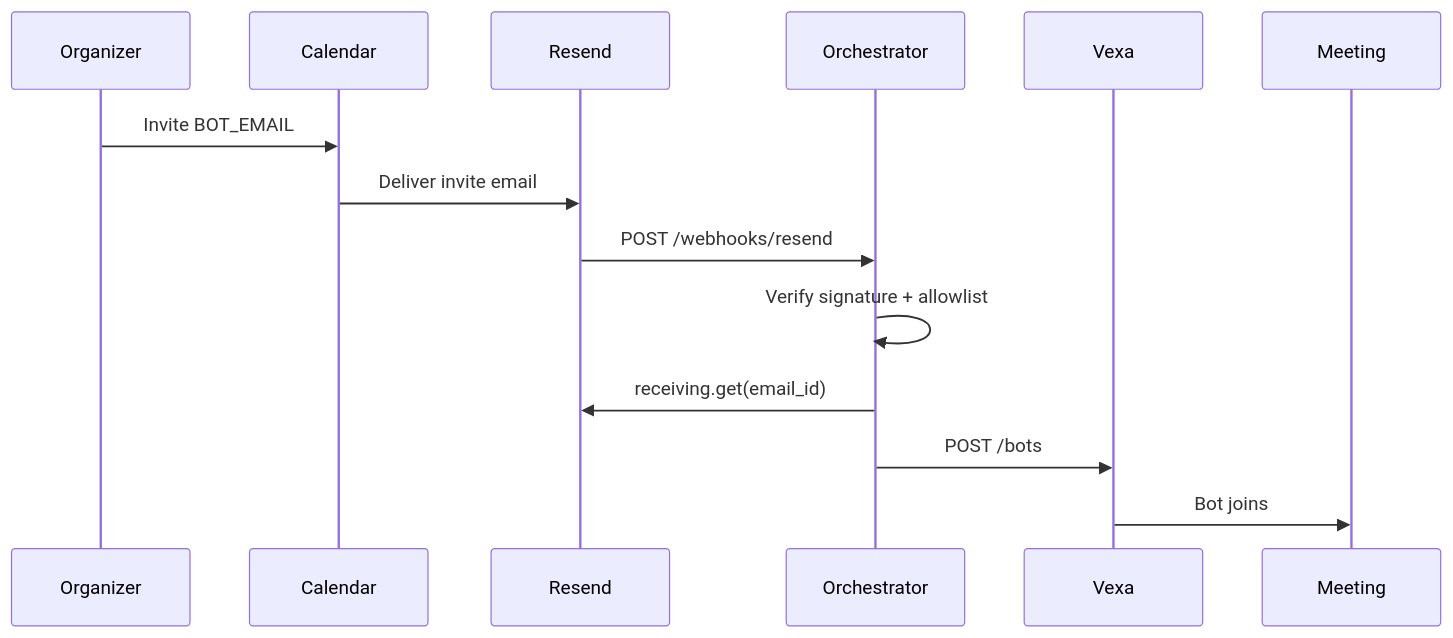
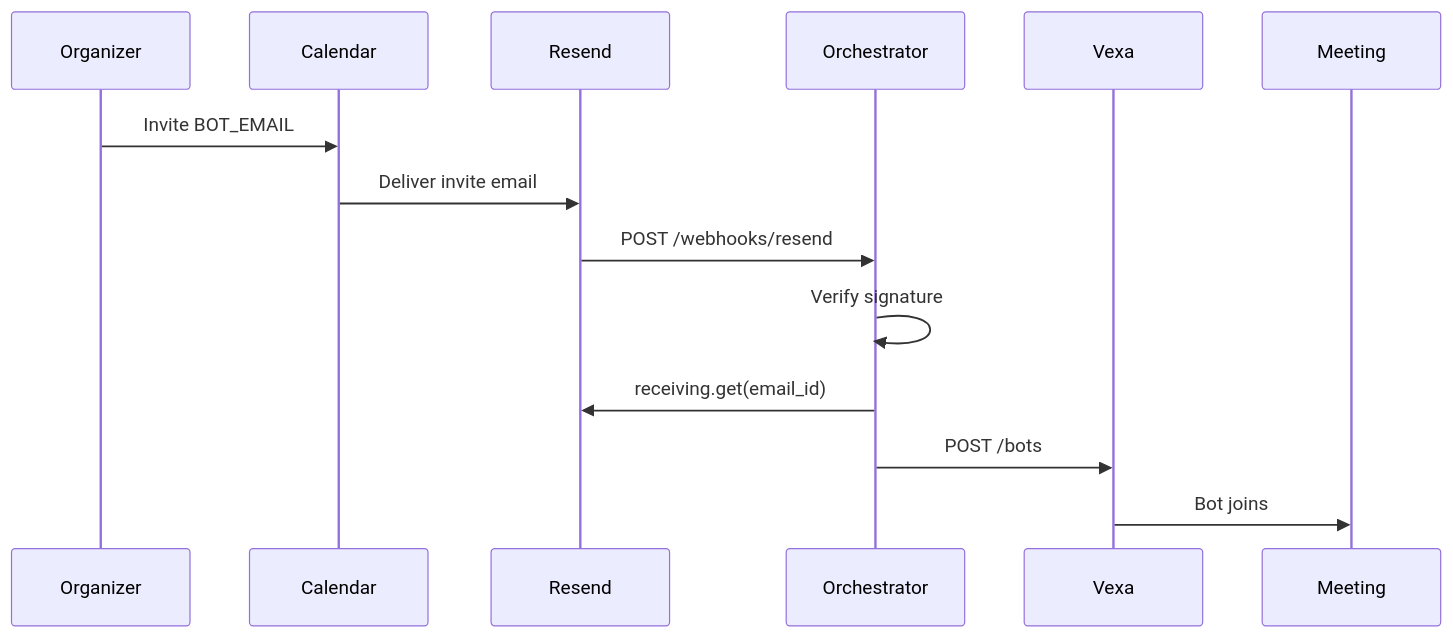
The first of 2 diagrams in docs/bot-email-and-deployment.md (renfrrd-ai/central-agent-meeting-bot), drawn with Mermaid before and after one commit. The commit also changed other lines of this file, not shown here.

Commit message:
docs: drop invite sender allowlist from bot email guide

````diff
--- a/docs/bot-email-and-deployment.md
+++ b/docs/bot-email-and-deployment.md
@@ -74,17 +74,17 @@
 ```mermaid
 sequenceDiagram
   participant Organizer
   participant Calendar
   participant Resend
   participant App as Orchestrator
   participant Vexa
   participant Meet as Meeting
 
   Organizer->>Calendar: Invite BOT_EMAIL
   Calendar->>Resend: Deliver invite email
   Resend->>App: POST /webhooks/resend
-  App->>App: Verify signature + allowlist
+  App->>App: Verify signature
   App->>Resend: receiving.get(email_id)
   App->>Vexa: POST /bots
   Vexa->>Meet: Bot joins
 ```
````
